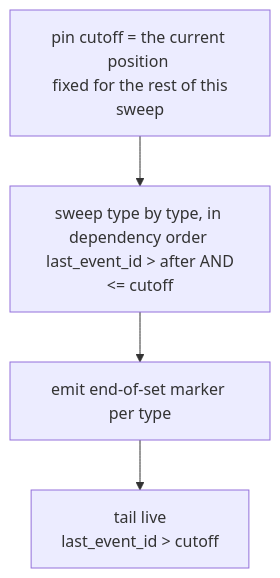
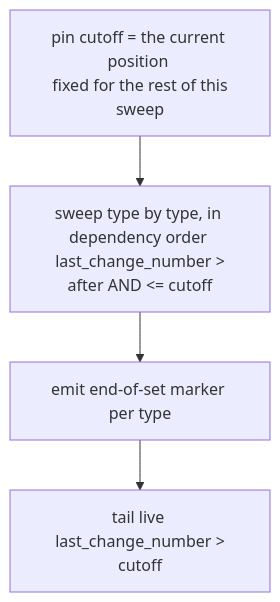
One commit to DKE-Data/masterdata-sync-working-group changed the diagram in architecture/07-sync-streaming.md. Above: the diagram before and after it, drawn with Mermaid. The commit also changed other lines of this file, not shown here.

First line of the commit message:
rename last_event_id to last_change_number

````diff
--- a/architecture/07-sync-streaming.md
+++ b/architecture/07-sync-streaming.md
@@ -111,10 +111,10 @@
 ```mermaid
 flowchart TB
     PIN["pin cutoff = the current position \n fixed for the rest of this sweep"]
-    SWEEP["sweep type by type, in dependency order \n last_event_id &gt; after AND &lt;= cutoff"]
+    SWEEP["sweep type by type, in dependency order \n last_change_number &gt; after AND &lt;= cutoff"]
     MARK["emit end-of-set marker per type"]
-    TAIL["tail live \n last_event_id &gt; cutoff"]
+    TAIL["tail live \n last_change_number &gt; cutoff"]
     PIN --> SWEEP
     SWEEP --> MARK
     MARK --> TAIL
 ```
````
